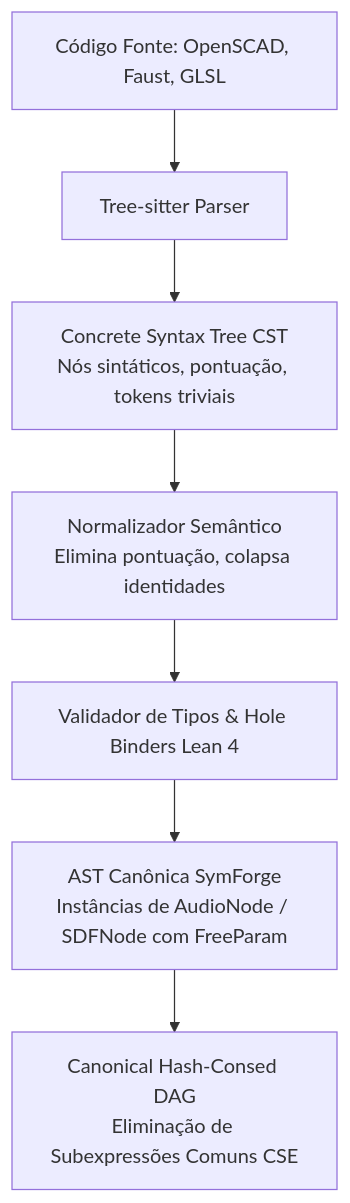
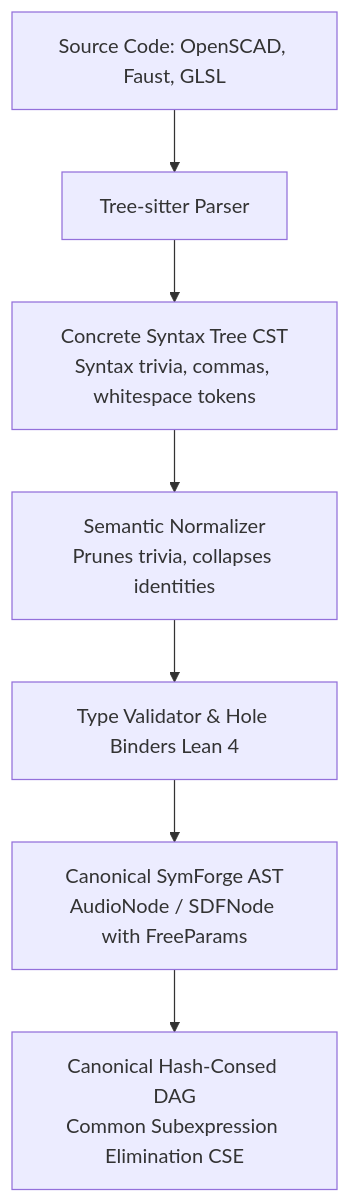
The second of 4 diagrams in docs/architecture/grammar_learning_pcfg_phog_and_ast_extraction.md (racoci/symforge), drawn with Mermaid before and after one commit. The commit also changed other lines of this file and 12 other files, not shown here.

Commit message:
docs: translate README and complete architecture documentation to English

````diff
--- a/docs/architecture/grammar_learning_pcfg_phog_and_ast_extraction.md
+++ b/docs/architecture/grammar_learning_pcfg_phog_and_ast_extraction.md
@@ -139,9 +137,9 @@
 ```mermaid
 graph TD
-    SRC[Código Fonte: OpenSCAD, Faust, GLSL] --> TS[Tree-sitter Parser]
-    TS --> CST[Concrete Syntax Tree CST<br/>Nós sintáticos, pontuação, tokens triviais]
-    CST --> NORM[Normalizador Semântico<br/>Elimina pontuação, colapsa identidades]
-    NORM --> TYPER[Validador de Tipos & Hole Binders Lean 4]
-    TYPER --> AST[AST Canônica SymForge<br/>Instâncias de AudioNode / SDFNode com FreeParam]
-    AST --> DAG[Canonical Hash-Consed DAG<br/>Eliminação de Subexpressões Comuns CSE]
+    SRC[Source Code: OpenSCAD, Faust, GLSL] --> TS[Tree-sitter Parser]
+    TS --> CST[Concrete Syntax Tree CST<br/>Syntax trivia, commas, whitespace tokens]
+    CST --> NORM[Semantic Normalizer<br/>Prunes trivia, collapses identities]
+    NORM --> TYPER[Type Validator & Hole Binders Lean 4]
+    TYPER --> AST[Canonical SymForge AST<br/>AudioNode / SDFNode with FreeParams]
+    AST --> DAG[Canonical Hash-Consed DAG<br/>Common Subexpression Elimination CSE]
 ```
````
